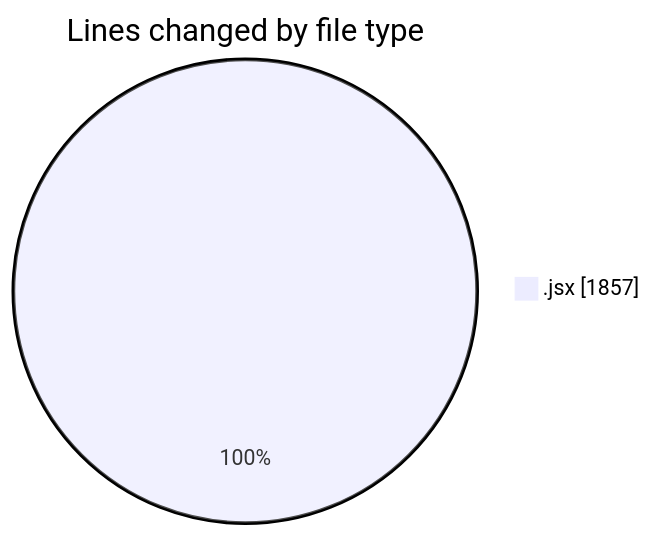
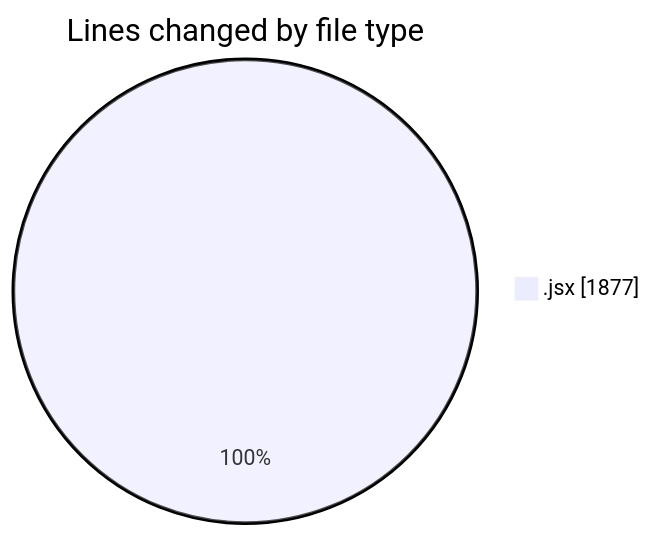
Before and after one commit to nxtqubesakshisongat/code-tracking: the first of 2 diagrams in 2025-12-24/nxtqube_webapp/README.md, drawn with Mermaid. The commit also changed other lines of this file and 1 other file, not shown here.

````diff
--- a/2025-12-24/nxtqube_webapp/README.md
+++ b/2025-12-24/nxtqube_webapp/README.md
@@ -20,5 +20,5 @@
 ```mermaid
 pie showData
 title Lines changed by file type
-".jsx" : 1857
+".jsx" : 1877
 ```
````
